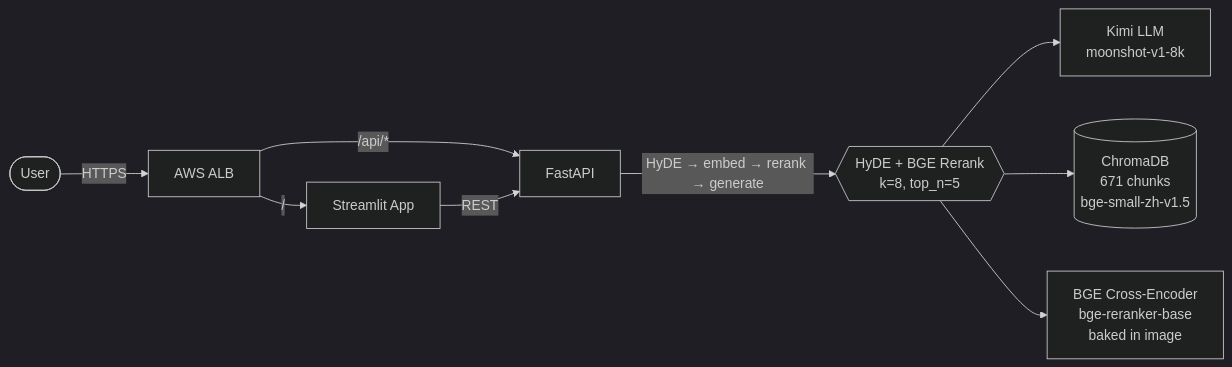
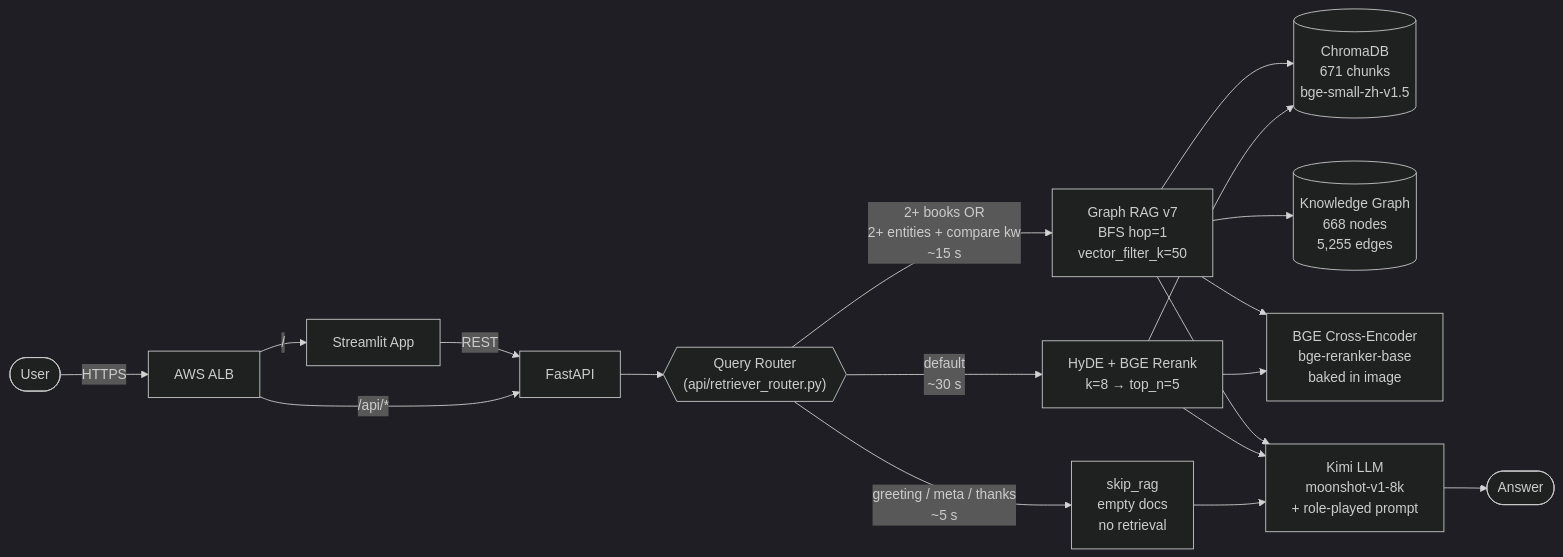
The diagram in README.md (Yanko96/Chinese-Fortune-Telling), drawn with Mermaid (dark theme) before and after one commit. The commit also changed other lines of this file and 1 other file, not shown here.

Commit message:
docs: redraw Architecture diagrams to show router + Graph RAG + skip_rag
The Mermaid diagram in README.md and docs/ARCHITECTURE.md were both
pre-router — they only showed the linear HyDE+Rerank pipeline, even
though the production architecture has been three-branch dispatched
since 52bf68a / 6cc5224 / 7630fd8.

Updated both to show:
  - Router as the central dispatcher with three labeled branches
    (skip_rag ~5s, Graph ~15s, HyDE ~30s)
  - Knowledge Graph as a separate data store the Graph branch reads
  - Chroma + BGE shared between HyDE and Graph paths
  - Skip path goes straight to Kimi with persona prompt (no retrieval)
  - All three branches converge on Kimi -> Answer

Also fixed a stale '666 chunks' label -> 671 (build_index_bge.py
actually produces 671 in current corpus).

````diff
--- a/README.md
+++ b/README.md
@@ -30,11 +30,25 @@
 ```mermaid
 flowchart LR
     User([User]) -->|HTTPS| ALB[AWS ALB]
     ALB -->|/| Streamlit[Streamlit App]
     ALB -->|/api/*| API[FastAPI]
     Streamlit -->|REST| API
-    API -->|HyDE → embed → rerank → generate| Pipeline{{HyDE + BGE Rerank<br/>k=8, top_n=5}}
-    Pipeline --> Kimi[Kimi LLM<br/>moonshot-v1-8k]
-    Pipeline --> Chroma[(ChromaDB<br/>671 chunks<br/>bge-small-zh-v1.5)]
-    Pipeline --> BGE[BGE Cross-Encoder<br/>bge-reranker-base<br/>baked in image]
+
+    API --> Router{{"Query Router<br/>(api/retriever_router.py)"}}
+
+    Router -->|"greeting / meta / thanks<br/>~5 s"| Skip[skip_rag<br/>empty docs<br/>no retrieval]
+    Router -->|"2+ books OR<br/>2+ entities + compare kw<br/>~15 s"| Graph[Graph RAG v7<br/>BFS hop=1<br/>vector_filter_k=50]
+    Router -->|"default<br/>~30 s"| HyDE[HyDE + BGE Rerank<br/>k=8 → top_n=5]
+
+    HyDE --> Chroma[(ChromaDB<br/>671 chunks<br/>bge-small-zh-v1.5)]
+    Graph --> Chroma
+    Graph --> KG[(Knowledge Graph<br/>668 nodes<br/>5,255 edges)]
+    HyDE --> BGEx[BGE Cross-Encoder<br/>bge-reranker-base<br/>baked in image]
+    Graph --> BGEx
+
+    Skip --> Kimi[Kimi LLM<br/>moonshot-v1-8k<br/>+ role-played prompt]
+    HyDE --> Kimi
+    Graph --> Kimi
+
+    Kimi --> Answer([Answer])
 ```
````
